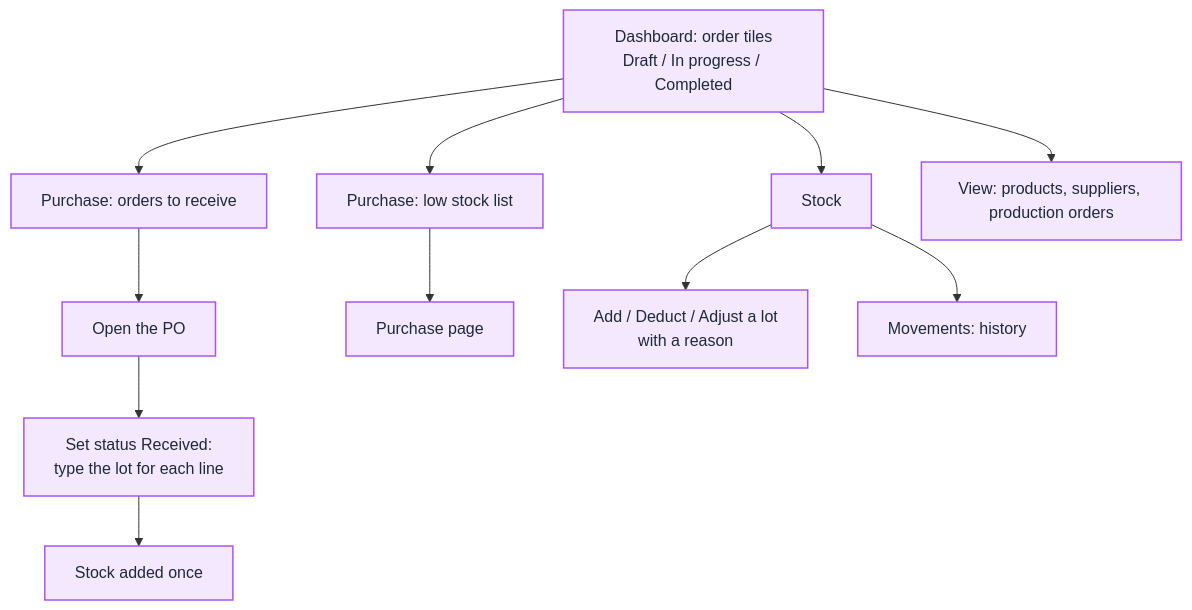
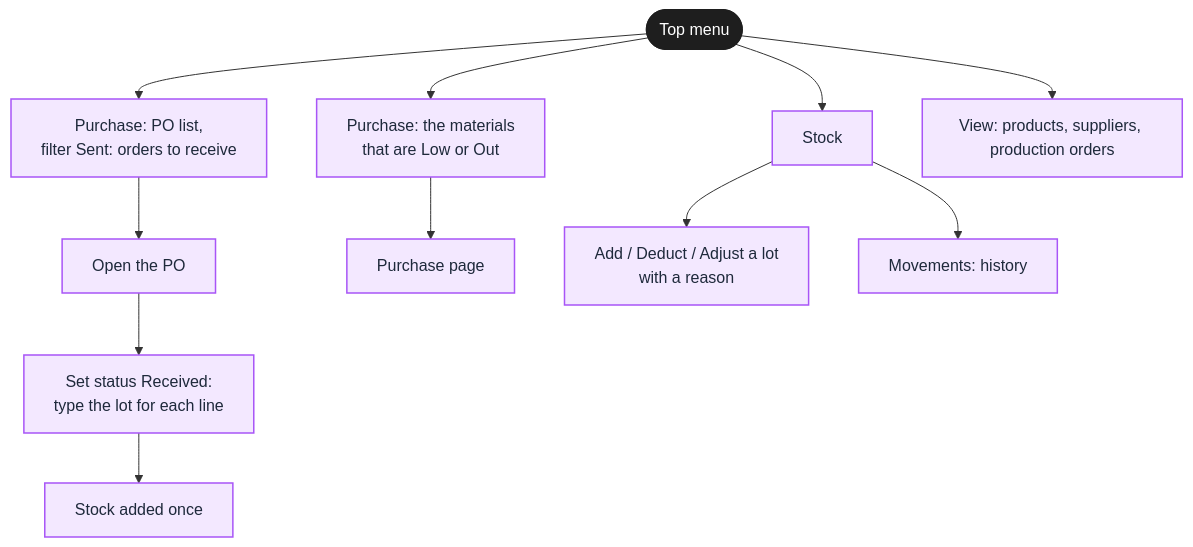
One commit to Detmon0410/Base_Sample_ERP changed the seventh of 12 diagrams in docs/ProjectdocInfo/UserFlow/User Flow.md. Above: the diagram before and after it, drawn with Mermaid. The commit also changed other lines of this file and 12 other files, not shown here.

Commit message:
Diagrams follow the system: Accounting has a supplier side, Sale Worker does not edit orders, products have no processes and Materials are in Stock, the Dashboard only has order tiles, the Purchase page lists Low or Out materials, no mock in the architecture

````diff
--- a/docs/ProjectdocInfo/UserFlow/User Flow.md
+++ b/docs/ProjectdocInfo/UserFlow/User Flow.md
@@ -151,18 +150,18 @@
 ```mermaid
 flowchart TD
     classDef startEnd fill:#1e1e1e,stroke:#1e1e1e,color:#ffffff,stroke-width:2px;
     classDef action fill:#f3e8ff,stroke:#a855f7,color:#1e293b,stroke-width:1.5px;
     classDef decision fill:#e0f2fe,stroke:#0284c7,color:#1e293b,stroke-width:1.5px;
     classDef error fill:#fee2e2,stroke:#ef4444,color:#991b1b,stroke-width:1.5px;
 
-    T[Dashboard: order tiles<br/>Draft / In progress / Completed]:::action --> A3[Purchase: orders to receive]:::action
-    T --> A4[Purchase: low stock list]:::action
+    T([Top menu]):::startEnd --> A3["Purchase: PO list,<br/>filter Sent: orders to receive"]:::action
+    T --> A4["Purchase: the materials<br/>that are Low or Out"]:::action
     T --> S[Stock]:::action
     T --> V[View: products, suppliers, production orders]:::action
     A3 --> R1[Open the PO]:::action
     R1 --> R2[Set status Received:<br/>type the lot for each line]:::action
     R2 --> R3[Stock added once]:::action
     A4 --> P1[Purchase page]:::action
     S --> S1[Add / Deduct / Adjust a lot<br/>with a reason]:::action
     S --> S2[Movements: history]:::action
 ```
````
